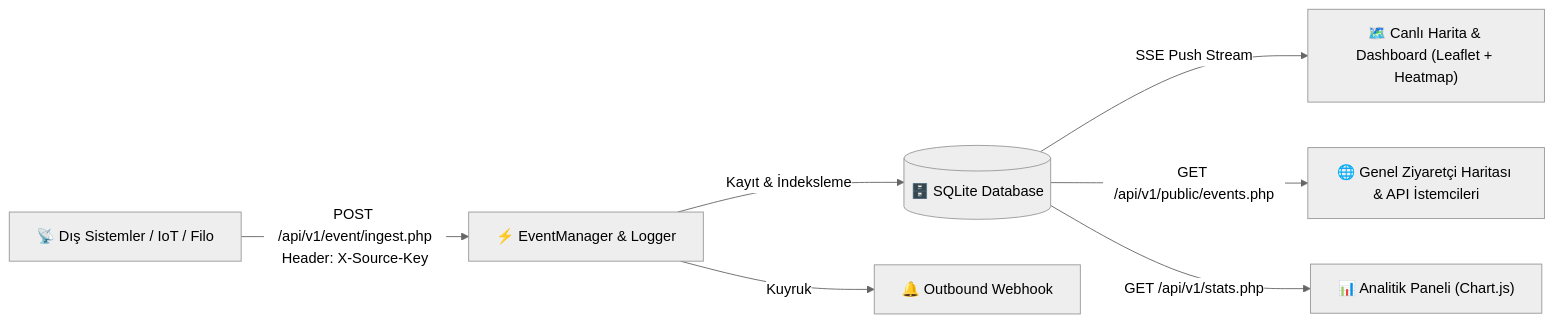
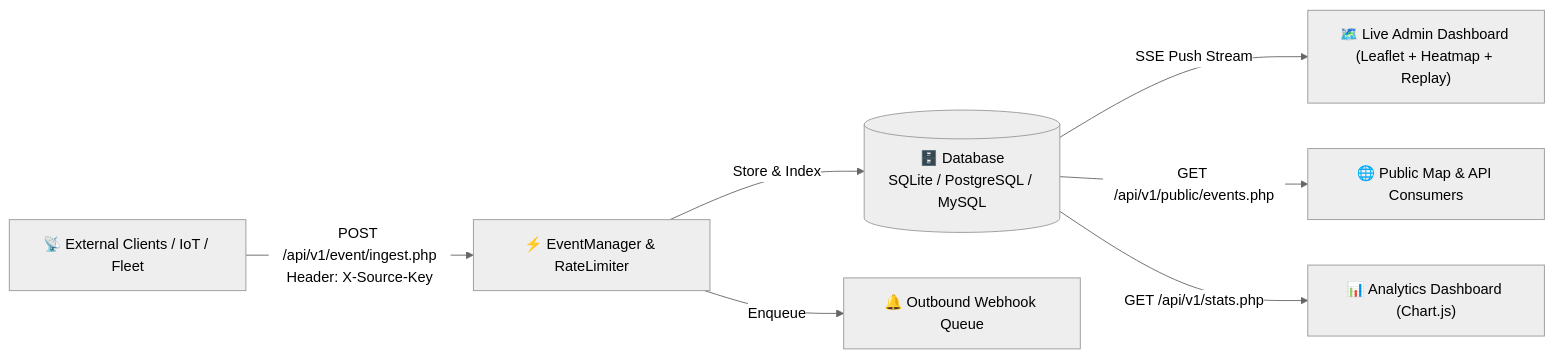
Before and after one commit to adacreativeco/realtime-map-event-grid: the diagram in README.md, drawn with Mermaid (neutral theme). The commit also changed other lines of this file and 1 other file, not shown here.

````diff
--- a/README.md
+++ b/README.md
@@ -64,9 +56,9 @@
 ```mermaid
 graph LR
-    A["📡 Dış Sistemler / IoT / Filo"] -->|"POST /api/v1/event/ingest.php<br/>Header: X-Source-Key"| B["⚡ EventManager & Logger"]
-    B -->|"Kayıt & İndeksleme"| C[("🗄️ SQLite Database")]
-    B -->|"Kuyruk"| D["🔔 Outbound Webhook"]
-    C -->|"SSE Push Stream"| E["🗺️ Canlı Harita & Dashboard (Leaflet + Heatmap)"]
-    C -->|"GET /api/v1/public/events.php"| F["🌐 Genel Ziyaretçi Haritası & API İstemcileri"]
-    C -->|"GET /api/v1/stats.php"| G["📊 Analitik Paneli (Chart.js)"]
+    A["📡 External Clients / IoT / Fleet"] -->|"POST /api/v1/event/ingest.php<br/>Header: X-Source-Key"| B["⚡ EventManager & RateLimiter"]
+    B -->|"Store & Index"| C[("🗄️ Database<br/>SQLite / PostgreSQL / MySQL")]
+    B -->|"Enqueue"| D["🔔 Outbound Webhook Queue"]
+    C -->|"SSE Push Stream"| E["🗺️ Live Admin Dashboard (Leaflet + Heatmap + Replay)"]
+    C -->|"GET /api/v1/public/events.php"| F["🌐 Public Map & API Consumers"]
+    C -->|"GET /api/v1/stats.php"| G["📊 Analytics Dashboard (Chart.js)"]
 ```
````
